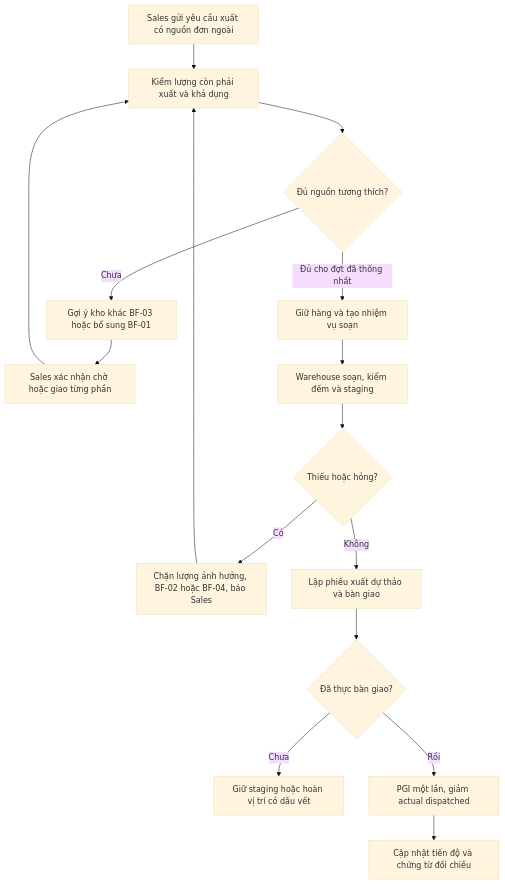
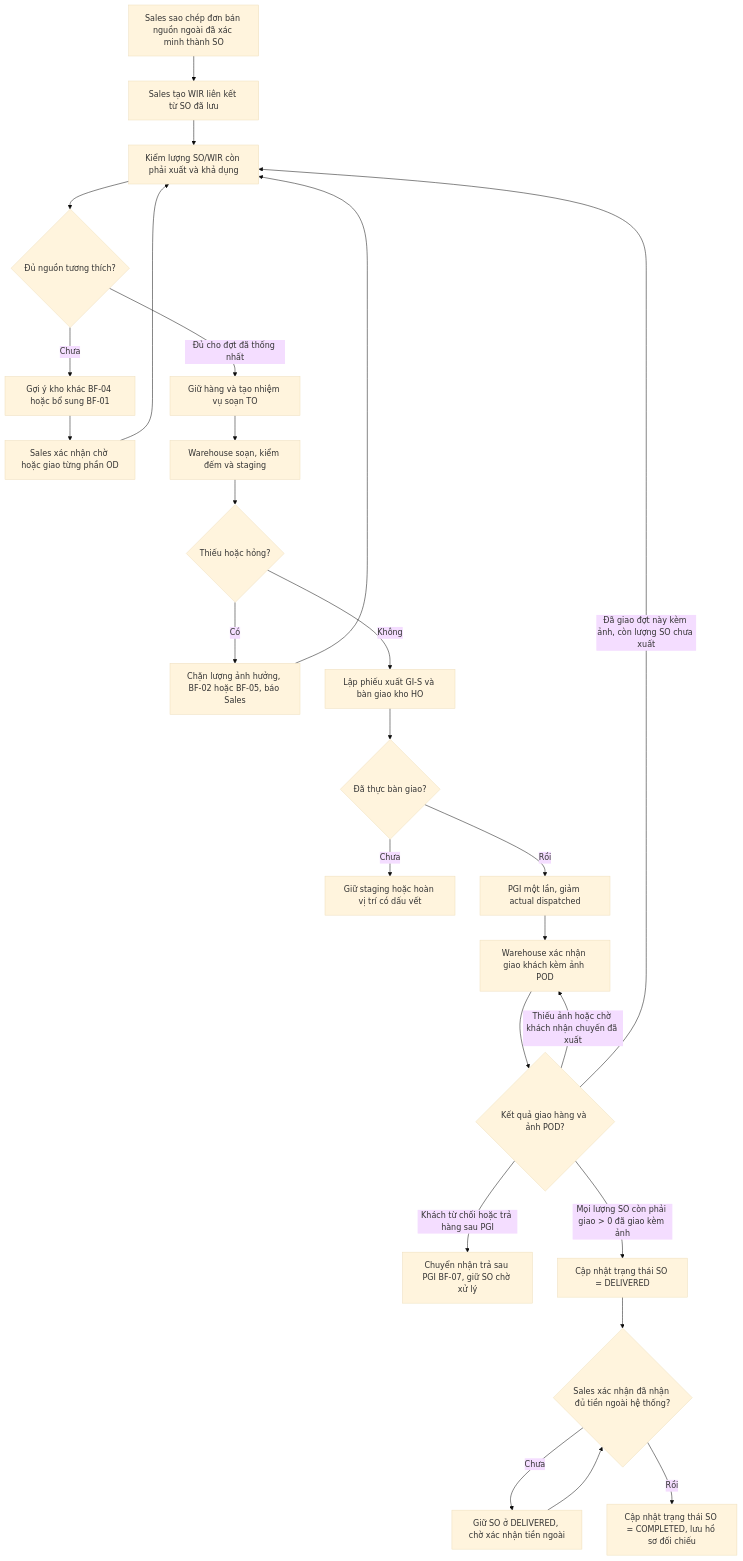
The seventh of 9 diagrams in docs/02_nghiep_vu/de_xuat_quy_trinh_2_VI.md (minhbach032003/docs_doan), drawn with Mermaid (base theme) before and after one commit. The commit also changed other lines of this file and 5 other files, not shown here.

Commit message:
docs: split warehouse flows and align sales data model

````diff
--- a/docs/02_nghiep_vu/de_xuat_quy_trinh_2_VI.md
+++ b/docs/02_nghiep_vu/de_xuat_quy_trinh_2_VI.md
@@ -702,18 +755,28 @@
 ```mermaid
 flowchart TD
- A[Sales gửi yêu cầu xuất có nguồn đơn ngoài] --> B[Kiểm lượng còn phải xuất và khả dụng]
+ A[Sales sao chép đơn bán nguồn ngoài đã xác minh thành SO] --> A2[Sales tạo WIR liên kết từ SO đã lưu]
+ A2 --> B[Kiểm lượng SO/WIR còn phải xuất và khả dụng]
  B --> C{Đủ nguồn tương thích?}
- C -->|Chưa| D[Gợi ý kho khác BF-03 hoặc bổ sung BF-01]
- D --> E[Sales xác nhận chờ hoặc giao từng phần]
+ C -->|Chưa| D[Gợi ý kho khác BF-04 hoặc bổ sung BF-01]
+ D --> E[Sales xác nhận chờ hoặc giao từng phần OD]
  E --> B
- C -->|Đủ cho đợt đã thống nhất| F[Giữ hàng và tạo nhiệm vụ soạn]
+ C -->|Đủ cho đợt đã thống nhất| F[Giữ hàng và tạo nhiệm vụ soạn TO]
  F --> G[Warehouse soạn, kiểm đếm và staging]
  G --> H{Thiếu hoặc hỏng?}
- H -->|Có| I[Chặn lượng ảnh hưởng, BF-02 hoặc BF-04, báo Sales]
+ H -->|Có| I[Chặn lượng ảnh hưởng, BF-02 hoặc BF-05, báo Sales]
  I --> B
- H -->|Không| J[Lập phiếu xuất dự thảo và bàn giao]
+ H -->|Không| J[Lập phiếu xuất GI-S và bàn giao kho HO]
  J --> K{Đã thực bàn giao?}
  K -->|Chưa| L[Giữ staging hoặc hoàn vị trí có dấu vết]
  K -->|Rồi| M[PGI một lần, giảm actual dispatched]
- M --> N[Cập nhật tiến độ và chứng từ đối chiếu]
+ M --> N[Warehouse xác nhận giao khách kèm ảnh POD]
+ N --> O{Kết quả giao hàng và ảnh POD?}
+ O -->|Thiếu ảnh hoặc chờ khách nhận chuyến đã xuất| N
+ O -->|Khách từ chối hoặc trả hàng sau PGI| O2[Chuyển nhận trả sau PGI BF-07, giữ SO chờ xử lý]
+ O -->|Đã giao đợt này kèm ảnh, còn lượng SO chưa xuất| B
+ O -->|Mọi lượng SO còn phải giao > 0 đã giao kèm ảnh| P[Cập nhật trạng thái SO = DELIVERED]
+ P --> Q{Sales xác nhận đã nhận đủ tiền ngoài hệ thống?}
+ Q -->|Chưa| R[Giữ SO ở DELIVERED, chờ xác nhận tiền ngoài]
+ R --> Q
+ Q -->|Rồi| S[Cập nhật trạng thái SO = COMPLETED, lưu hồ sơ đối chiếu]
 ```
````
